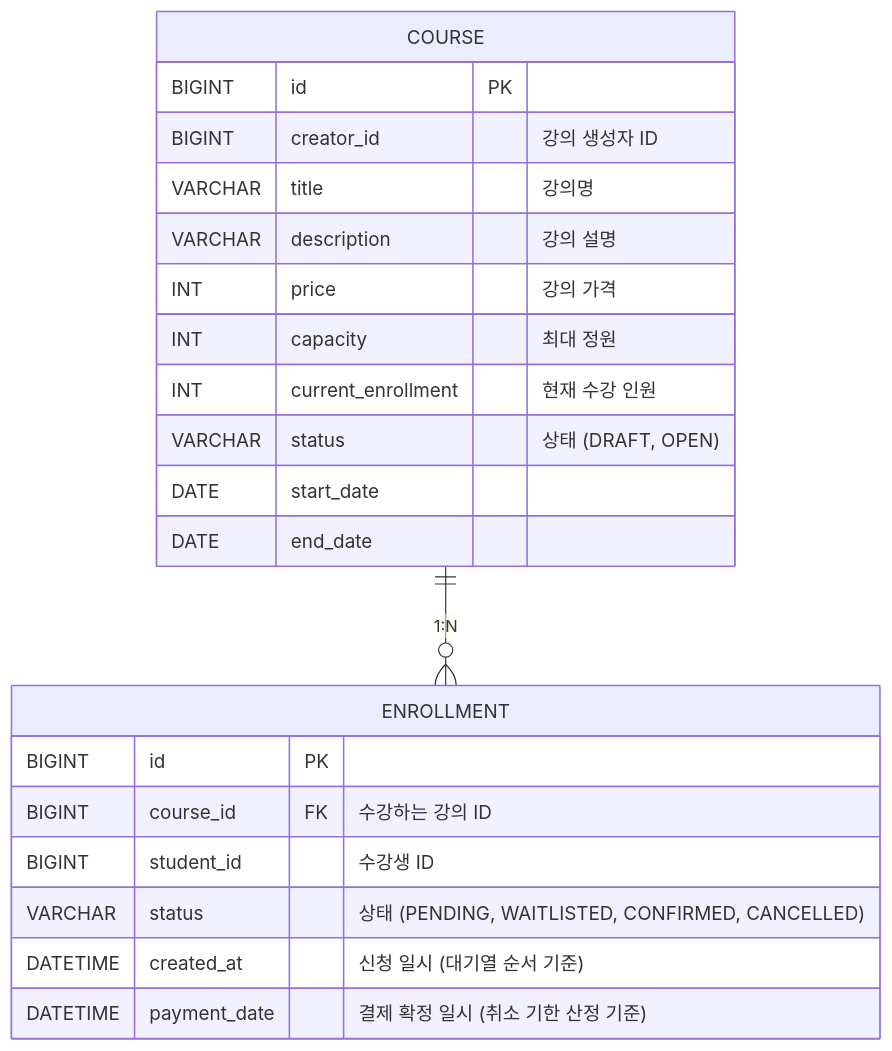
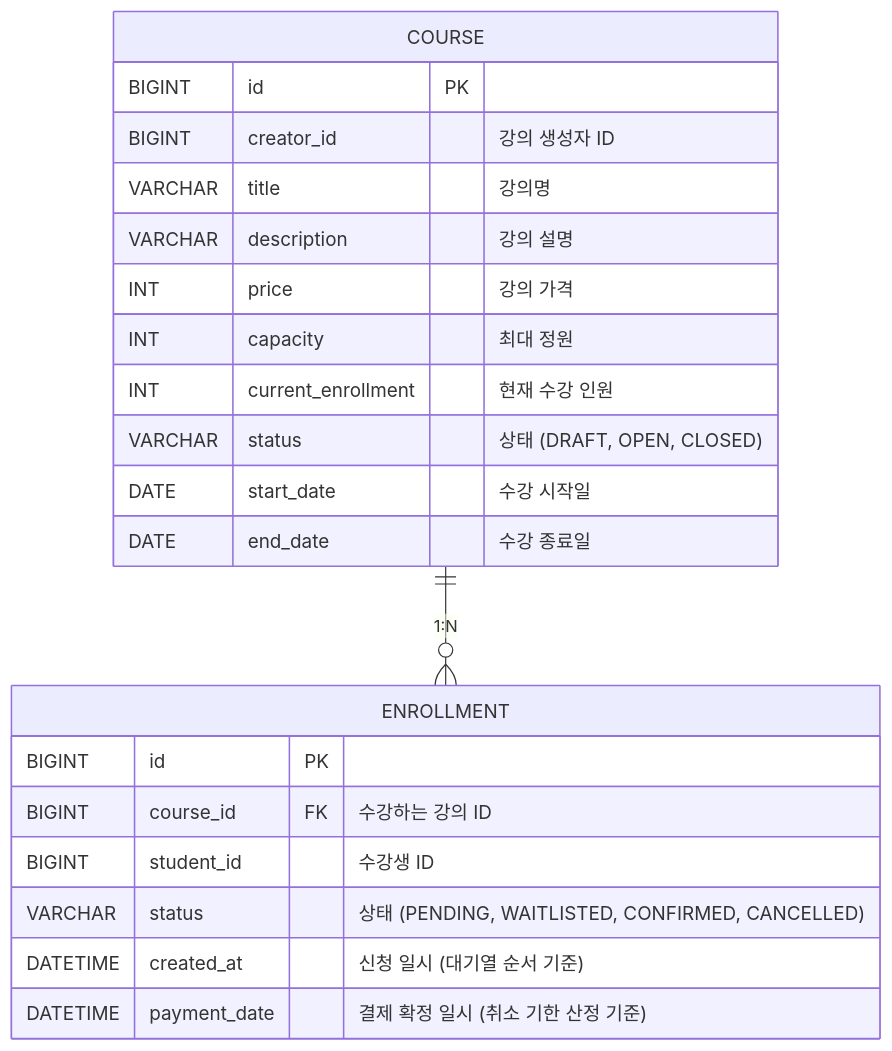
One commit to milkaisgoody/ClassEnrollmentSystem changed the diagram in README.md. Above: the diagram before and after it, drawn with Mermaid. The commit also changed other lines of this file, not shown here.

````diff
--- a/README.md
+++ b/README.md
@@ -163,24 +241,24 @@
 ```mermaid
 erDiagram
     COURSE ||--o{ ENROLLMENT : "1:N"
     COURSE {
         BIGINT id PK
         BIGINT creator_id "강의 생성자 ID"
         VARCHAR title "강의명"
         VARCHAR description "강의 설명"
         INT price "강의 가격"
         INT capacity "최대 정원"
         INT current_enrollment "현재 수강 인원"
-        VARCHAR status "상태 (DRAFT, OPEN)"
-        DATE start_date
-        DATE end_date
+        VARCHAR status "상태 (DRAFT, OPEN, CLOSED)"
+        DATE start_date "수강 시작일"
+        DATE end_date "수강 종료일"
     }
     ENROLLMENT {
         BIGINT id PK
         BIGINT course_id FK "수강하는 강의 ID"
         BIGINT student_id "수강생 ID"
         VARCHAR status "상태 (PENDING, WAITLISTED, CONFIRMED, CANCELLED)"
         DATETIME created_at "신청 일시 (대기열 순서 기준)"
         DATETIME payment_date "결제 확정 일시 (취소 기한 산정 기준)"
     }
 ```
````
